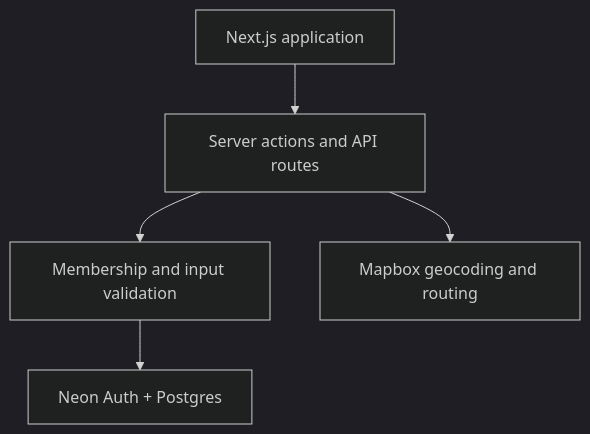
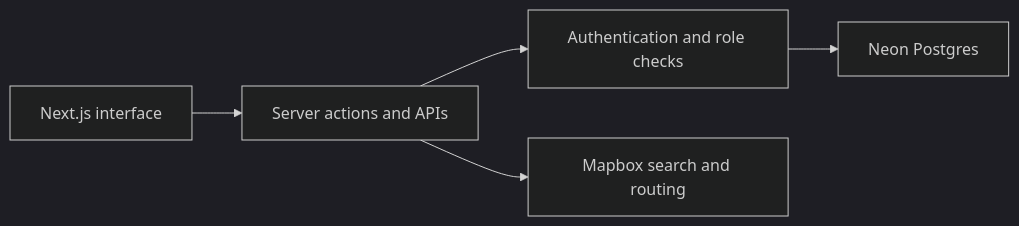
One commit to Nick-D-Hanson/Tripping changed the diagram in README.md. Above: the diagram before and after it, drawn with Mermaid (dark theme). The commit also changed other lines of this file, not shown here.

````diff
--- a/README.md
+++ b/README.md
@@ -15,7 +27,7 @@
 ```mermaid
-flowchart TD
-    A["Next.js application"] --> B["Server actions and API routes"]
-    B --> C["Membership and input validation"]
-    C --> D["Neon Auth + Postgres"]
-    B --> E["Mapbox geocoding and routing"]
+flowchart LR
+  A[Next.js interface] --> B[Server actions and APIs]
+  B --> C[Authentication and role checks]
+  C --> D[Neon Postgres]
+  B --> E[Mapbox search and routing]
 ```
````
